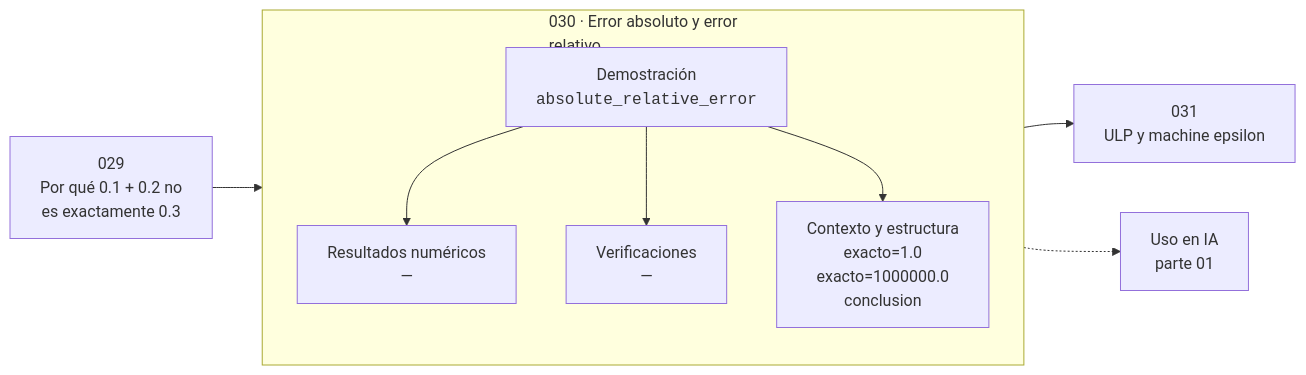
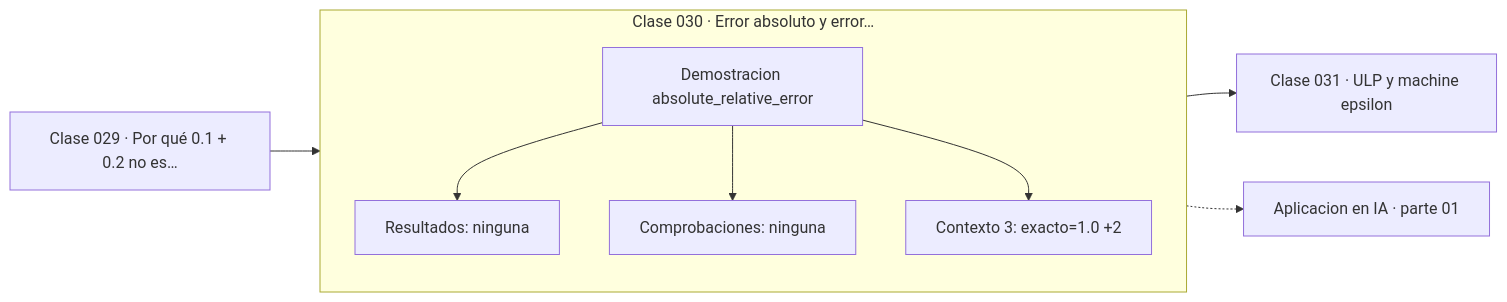
Before and after one commit to vladimiracunadev-create/computational-mathematics-program: the diagram in classes/part-01-aritmetica-computacional-y-representacion-numerica/030-error-absoluto-y-error-relativo/README.md, drawn with Mermaid. The commit also changed 389 other files, not shown here.

First line of the commit message:
fix(diagramas): elimina el HTML de las etiquetas Mermaid

````diff
--- a/classes/part-01-aritmetica-computacional-y-representacion-numerica/030-error-absoluto-y-error-relativo/README.md
+++ b/classes/part-01-aritmetica-computacional-y-representacion-numerica/030-error-absoluto-y-error-relativo/README.md
@@ -36,12 +36,13 @@
 ```mermaid
 flowchart LR
-    P["029<br/>Por qué 0.1 + 0.2 no<br/>es exactamente 0.3"] --> C
-    subgraph C["030 · Error absoluto y error<br/>relativo"]
+    P["Clase 029 · Por qué 0.1 + 0.2 no es…"] --> D
+    subgraph CLASE["Clase 030 · Error absoluto y error…"]
         direction TB
-        D["Demostración<br/><code>absolute_relative_error</code>"] --> R["Resultados numéricos<br/>—"]
-        D --> V["Verificaciones<br/>—"]
-        D --> O["Contexto y estructura<br/>exacto=1.0<br/>exacto=1000000.0<br/>conclusion"]
+        D["Demostracion absolute_relative_error"]
+        D --> R["Resultados: ninguna"]
+        D --> V["Comprobaciones: ninguna"]
+        D --> O["Contexto 3: exacto=1.0 +2"]
     end
-    C --> N["031<br/>ULP y machine epsilon"]
-    C -.-> IA["Uso en IA<br/>parte 01"]
+    R --> N["Clase 031 · ULP y machine epsilon"]
+    V -.-> IA["Aplicacion en IA · parte 01"]
 ```
````
